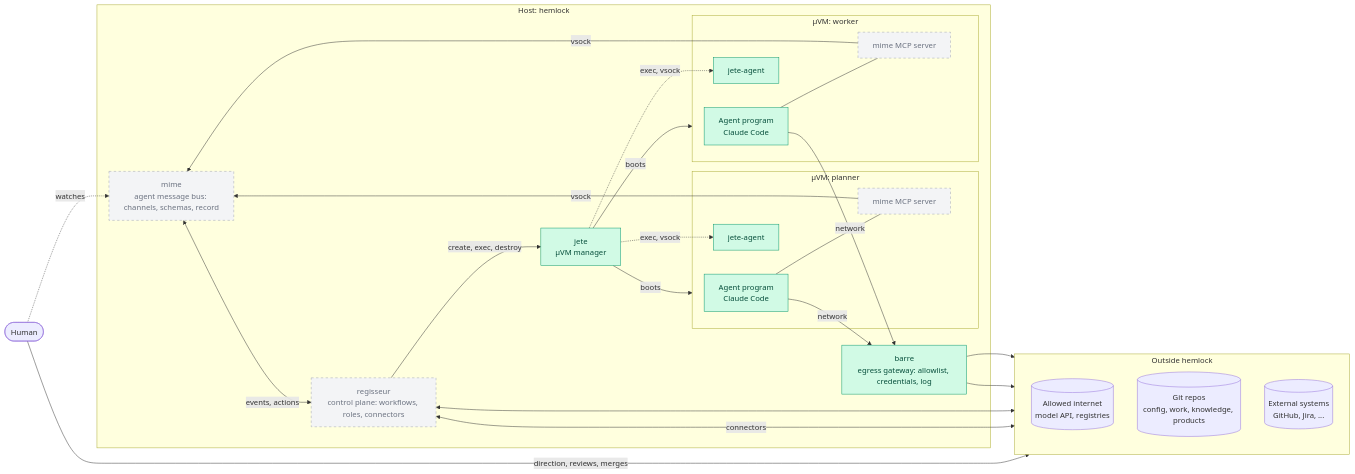
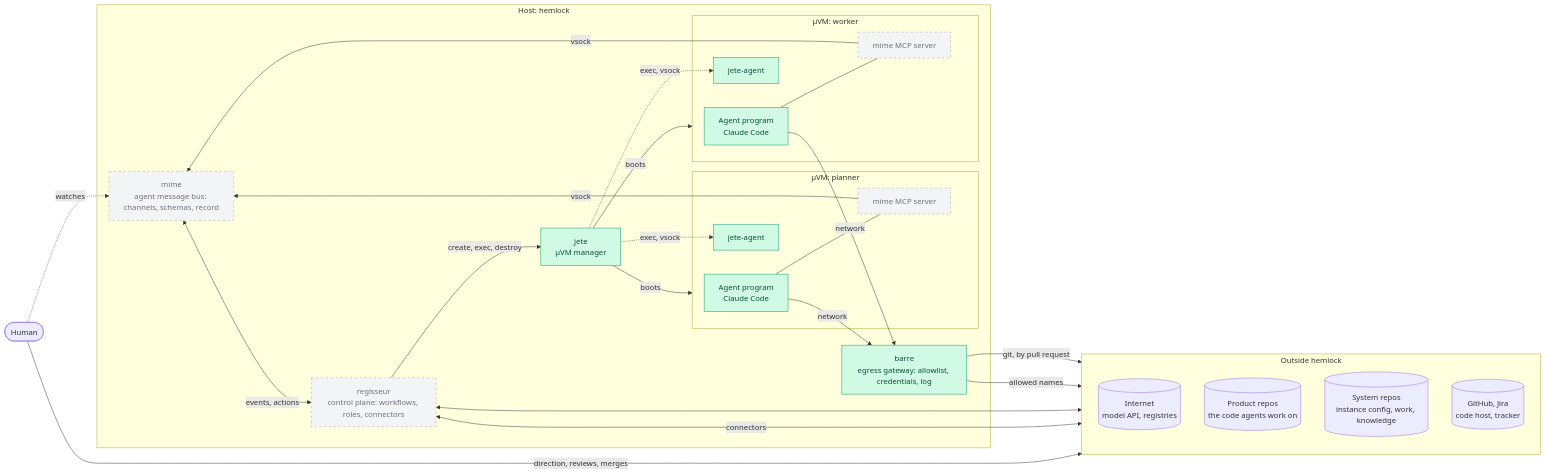
Before and after one commit to carloswestman/machinesdancing: the first of 4 diagrams in docs/talks/2026-11-machinesdancing/slides.md, drawn with Mermaid. The commit also changed other lines of this file, not shown here.

Commit message:
talk: split the outside stores by who reaches them
Internet and product repos are reached by agents through barre; the
system repos (instance config, work, knowledge) and the code host and
tracker by regisseur. The repos no longer overlap with GitHub as one
"external systems" box.

````diff
--- a/docs/talks/2026-11-machinesdancing/slides.md
+++ b/docs/talks/2026-11-machinesdancing/slides.md
@@ -178,42 +178,44 @@
 ```mermaid
 flowchart LR
     human([Human])
     subgraph outside[Outside hemlock]
         direction TB
-        internet[(Allowed internet<br/>model API, registries)]
-        repos[(Git repos<br/>config, work, knowledge, products)]
-        ext[(External systems<br/>GitHub, Jira, ...)]
+        internet[(Internet<br/>model API, registries)]
+        product[(Product repos<br/>the code agents work on)]
+        sysrepos[(System repos<br/>instance config, work, knowledge)]
+        ext[(GitHub, Jira<br/>code host, tracker)]
     end
 
     subgraph host[Host: hemlock]
         cp[regisseur<br/>control plane: workflows, roles, connectors]
         bus[mime<br/>agent message bus: channels, schemas, record]
         gw[barre<br/>egress gateway: allowlist, credentials, log]
         jete[jete<br/>µVM manager]
         subgraph vm1[µVM: planner]
             a1[Agent program<br/>Claude Code] --- s1[mime MCP server]
             j1[jete-agent]
         end
         subgraph vm2[µVM: worker]
             a2[Agent program<br/>Claude Code] --- s2[mime MCP server]
             j2[jete-agent]
         end
     end
 
     human -- direction, reviews, merges --> ext
     human -. watches .-> bus
     cp -- create, exec, destroy --> jete
     jete -- boots --> vm1 & vm2
     jete -. exec, vsock .-> j1 & j2
     s1 & s2 -- vsock --> bus
     bus <-- events, actions --> cp
     cp <-- connectors --> ext
-    cp <--> repos
+    cp <--> sysrepos
     a1 & a2 -- network --> gw
-    gw --> internet & repos
+    gw -- allowed names --> internet
+    gw -- git, by pull request --> product
 
     classDef built fill:#d1fae5,stroke:#059669,color:#064e3b
     classDef planned fill:#f3f4f6,stroke:#9ca3af,stroke-dasharray:5 5,color:#6b7280
     class jete,gw,a1,a2,j1,j2 built
     class cp,bus,s1,s2 planned
 ```
````
